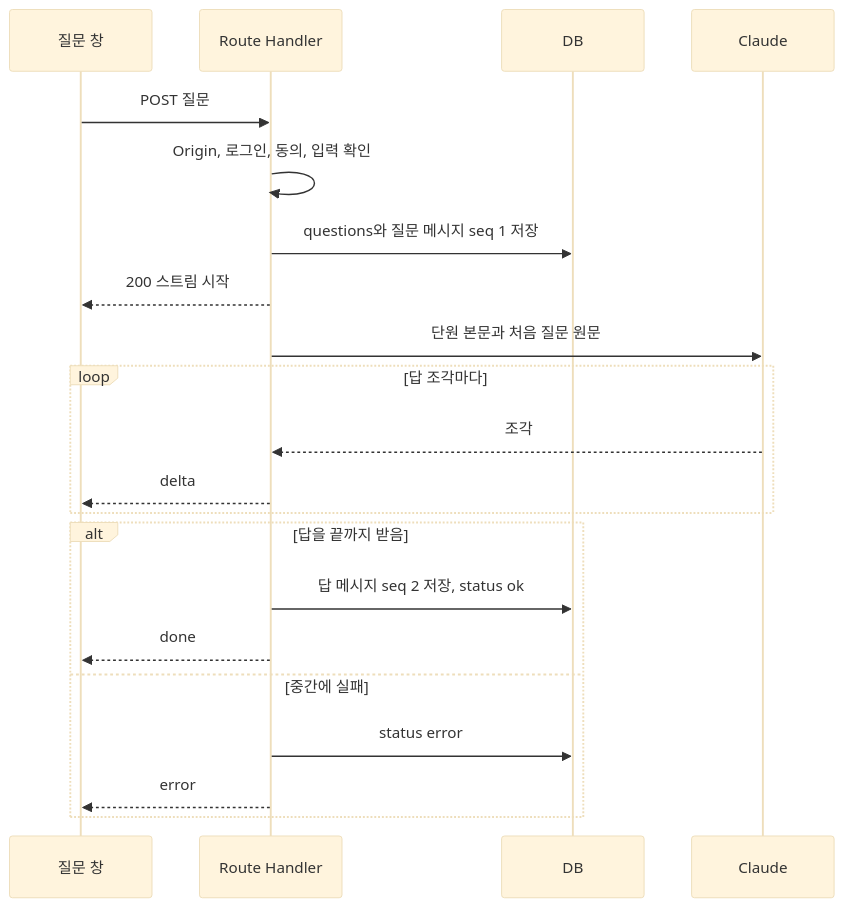
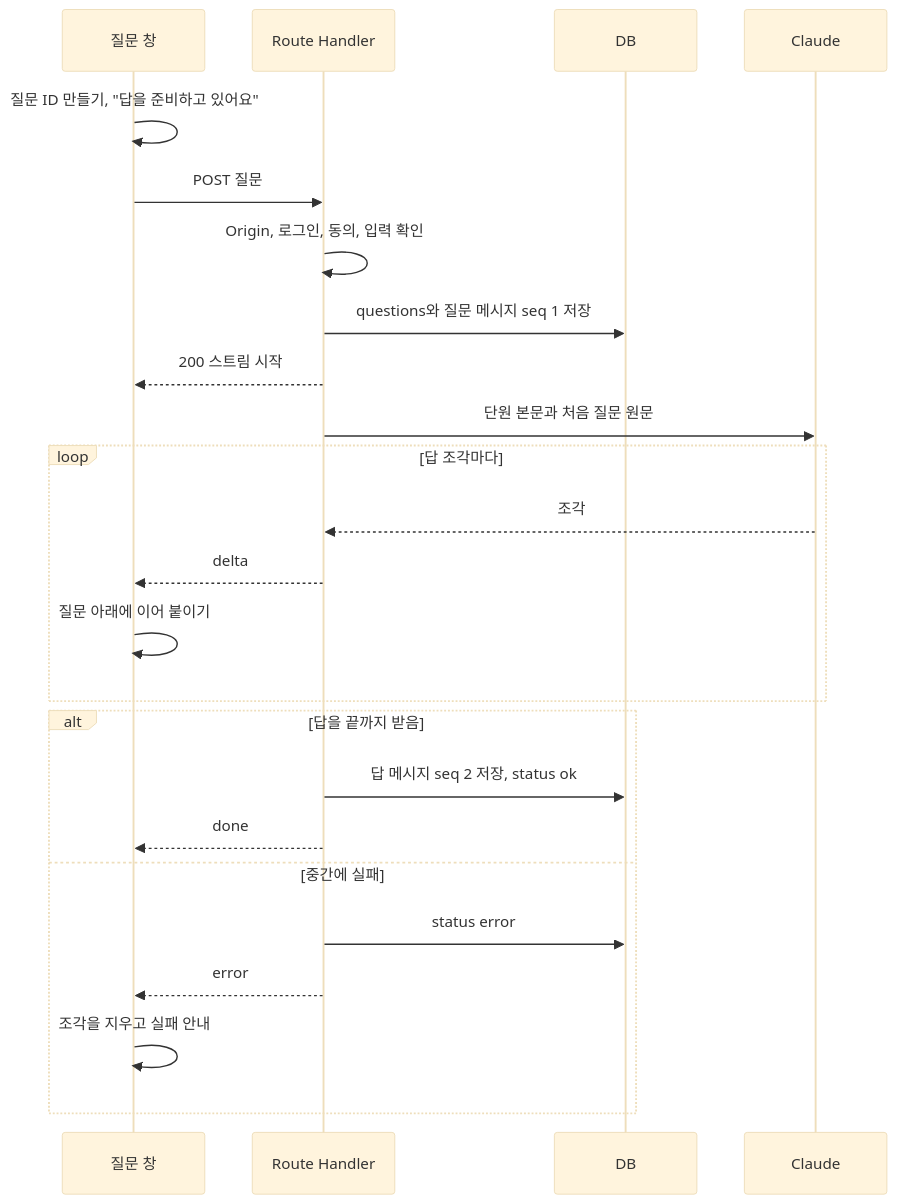
The second of 4 diagrams in _docs/output/2026-11-03-question-server.md (hm1n/silo-4th), drawn with Mermaid (base theme) before and after one commit. The commit also changed other lines of this file and 1 other file, not shown here.

````diff
--- a/_docs/output/2026-11-03-question-server.md
+++ b/_docs/output/2026-11-03-question-server.md
@@ -75,24 +80,27 @@
 ```mermaid
 sequenceDiagram
   participant P as 질문 창
   participant R as Route Handler
   participant D as DB
   participant C as Claude
 
+  P->>P: 질문 ID 만들기, "답을 준비하고 있어요"
   P->>R: POST 질문
   R->>R: Origin, 로그인, 동의, 입력 확인
   R->>D: questions와 질문 메시지 seq 1 저장
   R-->>P: 200 스트림 시작
   R->>C: 단원 본문과 처음 질문 원문
   loop 답 조각마다
     C-->>R: 조각
     R-->>P: delta
+    P->>P: 질문 아래에 이어 붙이기
   end
   alt 답을 끝까지 받음
     R->>D: 답 메시지 seq 2 저장, status ok
     R-->>P: done
   else 중간에 실패
     R->>D: status error
     R-->>P: error
+    P->>P: 조각을 지우고 실패 안내
   end
 ```
````
